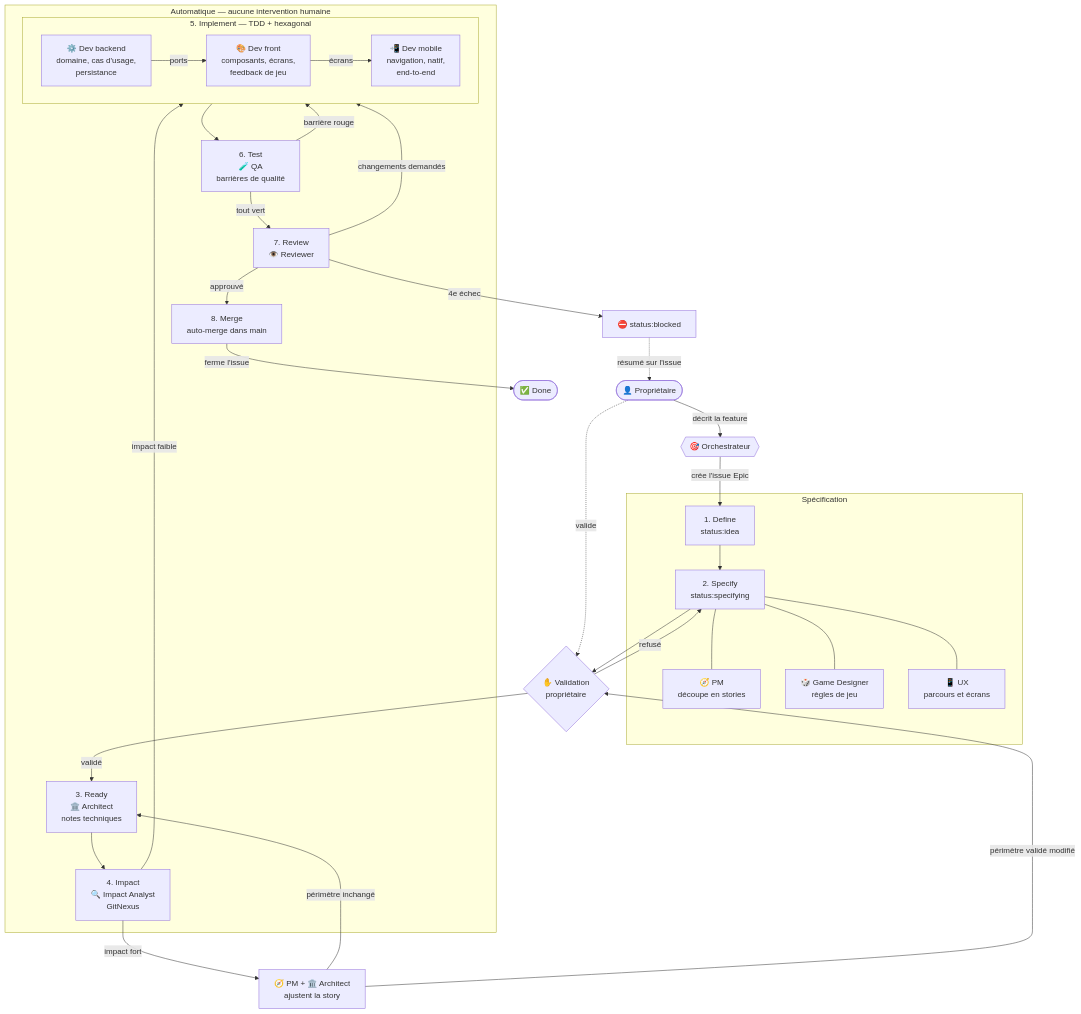
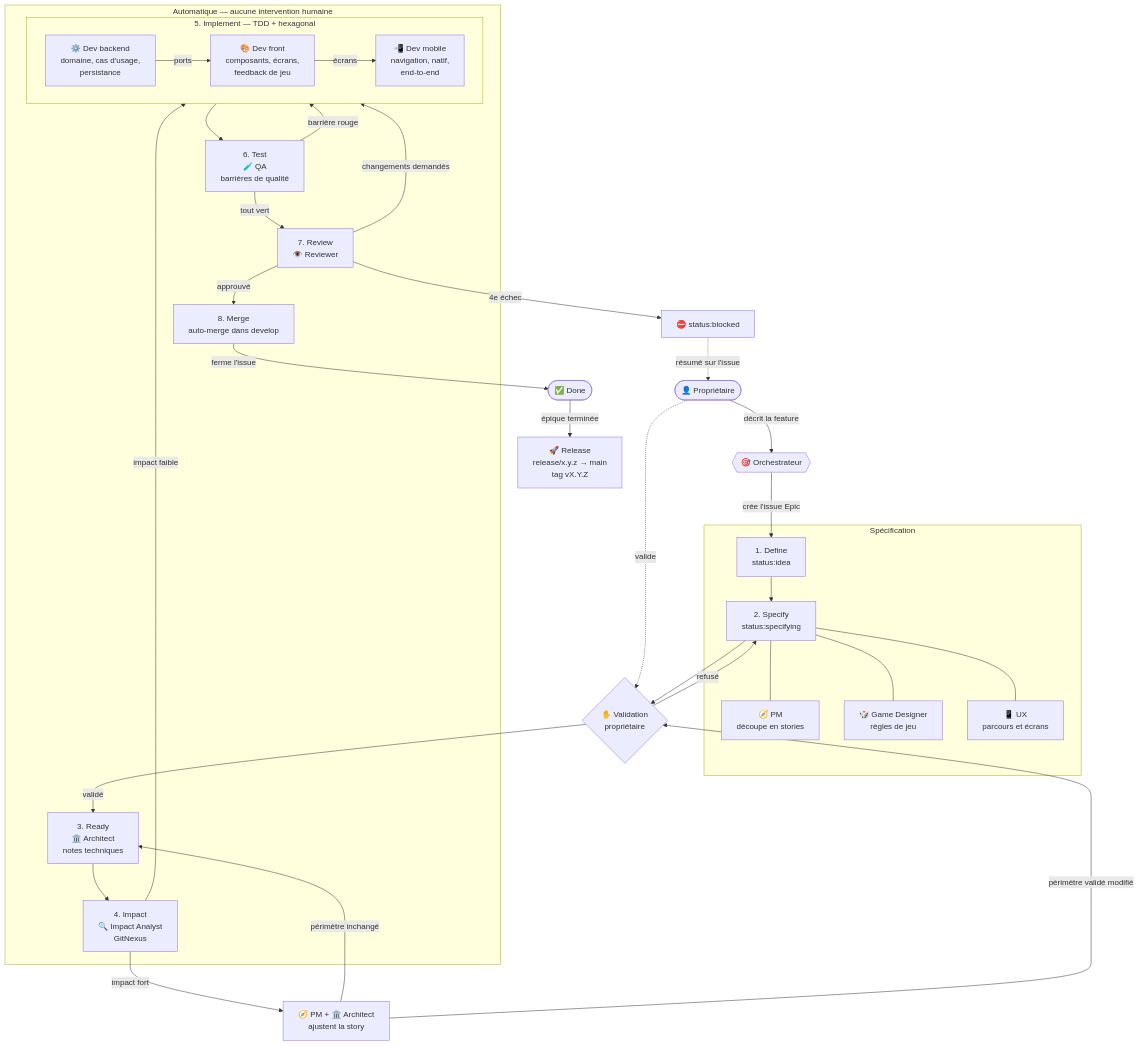
Before and after one commit to BPotet/ascent: the first of 2 diagrams in docs/workflow.md, drawn with Mermaid. The commit also changed other lines of this file and 9 other files, not shown here.

First line of the commit message:
docs(workflow): adopt git flow branching and ci/cd

````diff
--- a/docs/workflow.md
+++ b/docs/workflow.md
@@ -15,55 +15,56 @@
 ```mermaid
 flowchart TD
     OWNER([👤 Propriétaire])
     ORCH{{🎯 Orchestrateur}}
 
     OWNER -- décrit la feature --> ORCH
     ORCH -- crée l'issue Epic --> S1
 
     subgraph SPEC [" Spécification "]
         S1[1. Define<br/>status:idea]
         S2[2. Specify<br/>status:specifying]
         PM[🧭 PM<br/>découpe en stories]
         GD[🎲 Game Designer<br/>règles de jeu]
         UX[📱 UX<br/>parcours et écrans]
         S1 --> S2
         S2 --- PM & GD & UX
     end
 
     S2 --> GATE1{✋ Validation<br/>propriétaire}
     OWNER -. valide .-> GATE1
     GATE1 -- refusé --> S2
     GATE1 -- validé --> S3
 
     subgraph AUTO [" Automatique — aucune intervention humaine "]
         S3[3. Ready<br/>🏛️ Architect<br/>notes techniques]
         S4[4. Impact<br/>🔍 Impact Analyst<br/>GitNexus]
         subgraph S5 [" 5. Implement — TDD + hexagonal "]
             direction LR
             BE[⚙️ Dev backend<br/>domaine, cas d'usage,<br/>persistance]
             FE[🎨 Dev front<br/>composants, écrans,<br/>feedback de jeu]
             MO[📲 Dev mobile<br/>navigation, natif,<br/>end-to-end]
             BE -- ports --> FE -- écrans --> MO
         end
         S6[6. Test<br/>🧪 QA<br/>barrières de qualité]
         S7[7. Review<br/>👁️ Reviewer]
-        S8[8. Merge<br/>auto-merge dans main]
+        S8[8. Merge<br/>auto-merge dans develop]
 
         S3 --> S4
         S4 -- impact faible --> S5
         S5 --> S6
         S6 -- barrière rouge --> S5
         S6 -- tout vert --> S7
         S7 -- changements demandés --> S5
         S7 -- approuvé --> S8
     end
 
     S4 -- impact fort --> ESC[🧭 PM + 🏛️ Architect<br/>ajustent la story]
     ESC -- périmètre inchangé --> S3
     ESC -- périmètre validé modifié --> GATE1
 
     S7 -- 4e échec --> BLOCK[⛔ status:blocked]
     BLOCK -. résumé sur l'issue .-> OWNER
 
     S8 -- ferme l'issue --> DONE([✅ Done])
+    DONE -- épique terminée --> REL[🚀 Release<br/>release/x.y.z → main<br/>tag vX.Y.Z]
 ```
````
